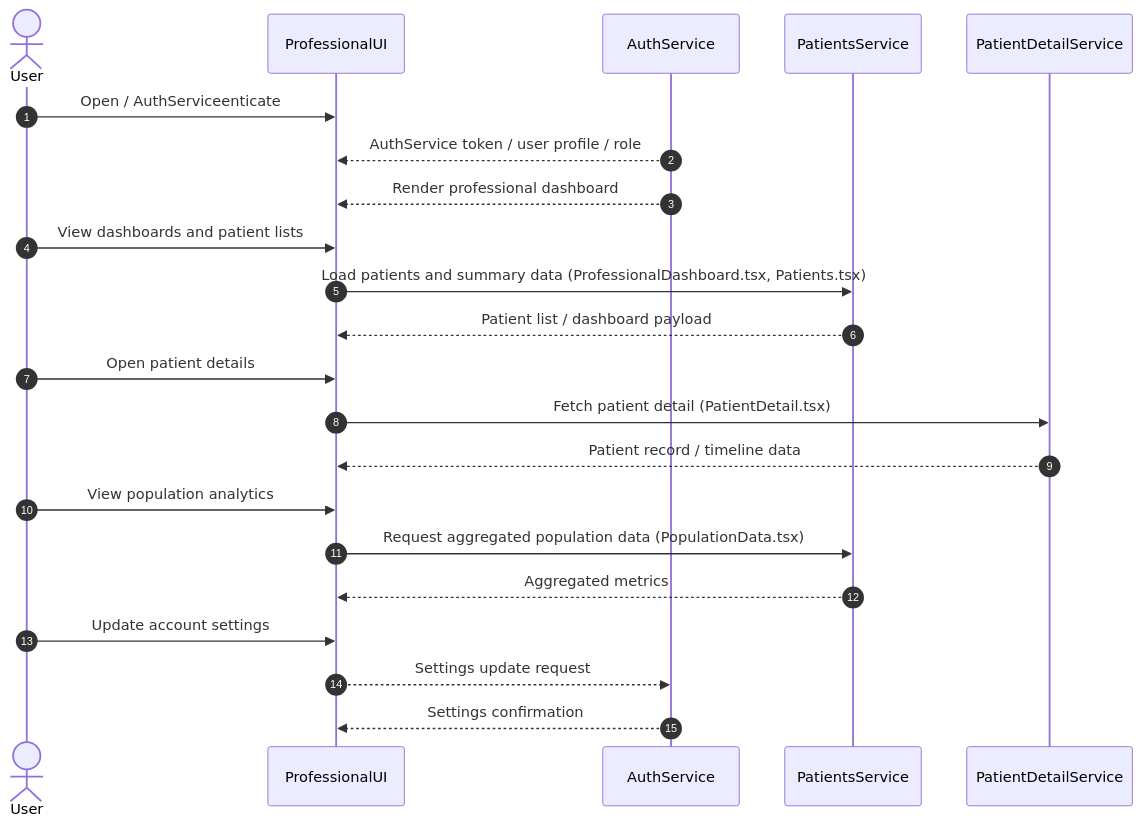
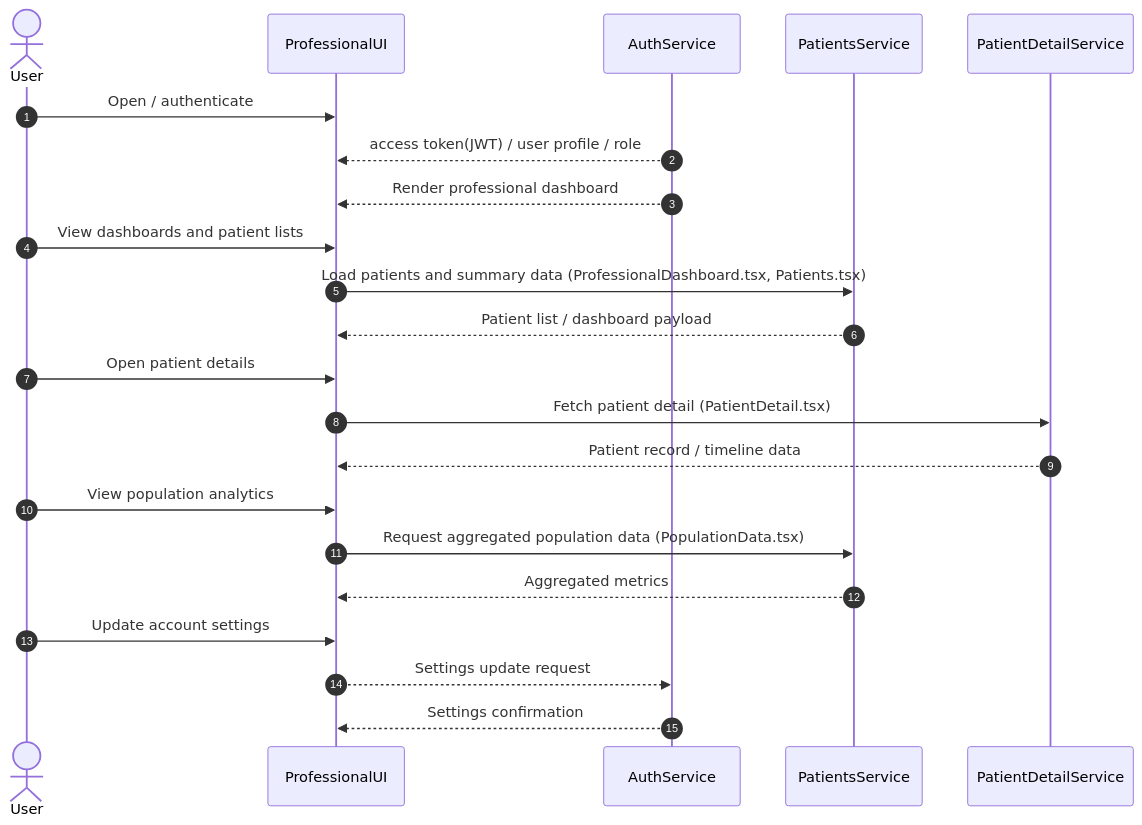
Before and after one commit to evgeniia-dev/healthy-minds: the first of 2 diagrams in docs/ARCHITECTURE.md, drawn with Mermaid. The commit also changed other lines of this file and 1 other file, not shown here.

````diff
--- a/docs/ARCHITECTURE.md
+++ b/docs/ARCHITECTURE.md
@@ -6,29 +6,29 @@
 ```mermaid
 sequenceDiagram
 	autonumber
 	actor User
   participant ProfessionalUI
 	participant AuthService
 	participant PatientsService
 	participant PatientDetailService
 
-	User->>ProfessionalUI: Open / AuthServiceenticate
-	AuthService-->>ProfessionalUI: AuthService token / user profile / role
+	User->>ProfessionalUI: Open / authenticate
+	AuthService-->>ProfessionalUI: access token(JWT) / user profile / role
   AuthService-->>ProfessionalUI: Render professional dashboard
 
   User->>ProfessionalUI: View dashboards and patient lists
   ProfessionalUI->>PatientsService: Load patients and summary data (ProfessionalDashboard.tsx, Patients.tsx)
   PatientsService-->>ProfessionalUI: Patient list / dashboard payload
 
   User->>ProfessionalUI: Open patient details
   ProfessionalUI->>PatientDetailService: Fetch patient detail (PatientDetail.tsx)
   PatientDetailService-->>ProfessionalUI: Patient record / timeline data
 
   User->>ProfessionalUI: View population analytics
   ProfessionalUI->>PatientsService: Request aggregated population data (PopulationData.tsx)
   PatientsService-->>ProfessionalUI: Aggregated metrics
 
   User->>ProfessionalUI: Update account settings
   ProfessionalUI-->>AuthService: Settings update request
 	AuthService-->>ProfessionalUI: Settings confirmation
 ```
````
